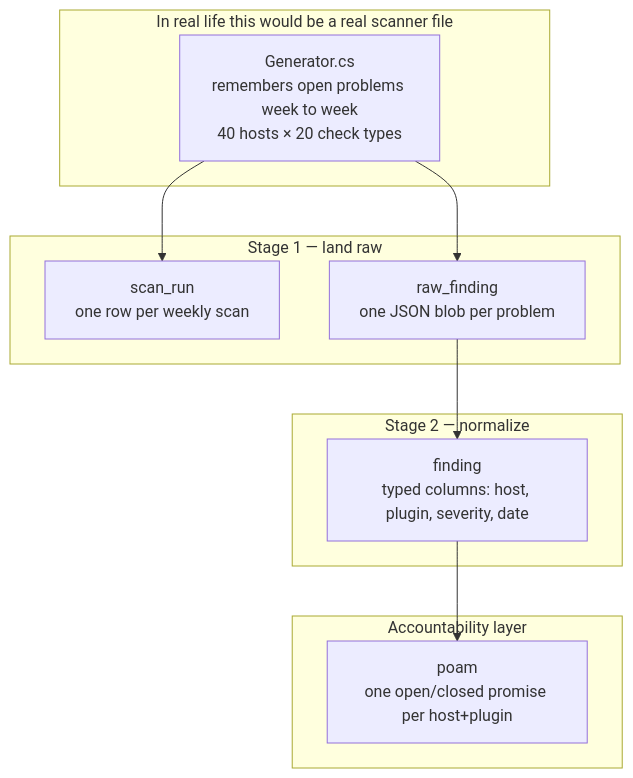
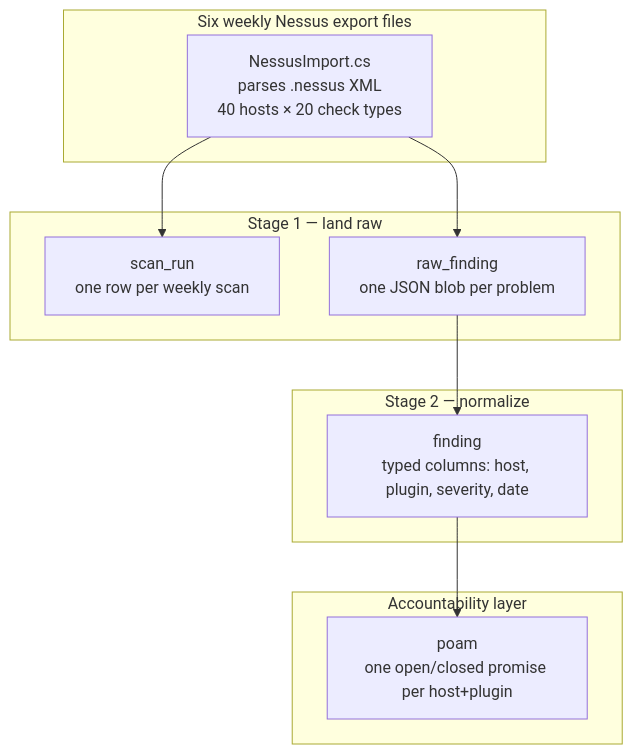
The third of 9 diagrams in OVERVIEW.md (LeonardSibelius/scan-ingest), drawn with Mermaid before and after one commit. The commit also changed other lines of this file and 19 other files, not shown here.

````diff
--- a/OVERVIEW.md
+++ b/OVERVIEW.md
@@ -138,23 +139,23 @@
 ```mermaid
 flowchart TB
-    subgraph Fake["In real life this would be a real scanner file"]
-        G["Generator.cs<br/>remembers open problems week to week<br/>40 hosts × 20 check types"]
+    subgraph Fake["Six weekly Nessus export files"]
+        G["NessusImport.cs<br/>parses .nessus XML<br/>40 hosts × 20 check types"]
     end
 
     subgraph Stage1["Stage 1 — land raw"]
         SR["scan_run<br/>one row per weekly scan"]
         RF["raw_finding<br/>one JSON blob per problem"]
         G --> SR
         G --> RF
     end
 
     subgraph Stage2["Stage 2 — normalize"]
         F["finding<br/>typed columns: host, plugin, severity, date"]
         RF --> F
     end
 
     subgraph Commitments["Accountability layer"]
         P["poam<br/>one open/closed promise per host+plugin"]
         F --> P
     end
 ```
````
